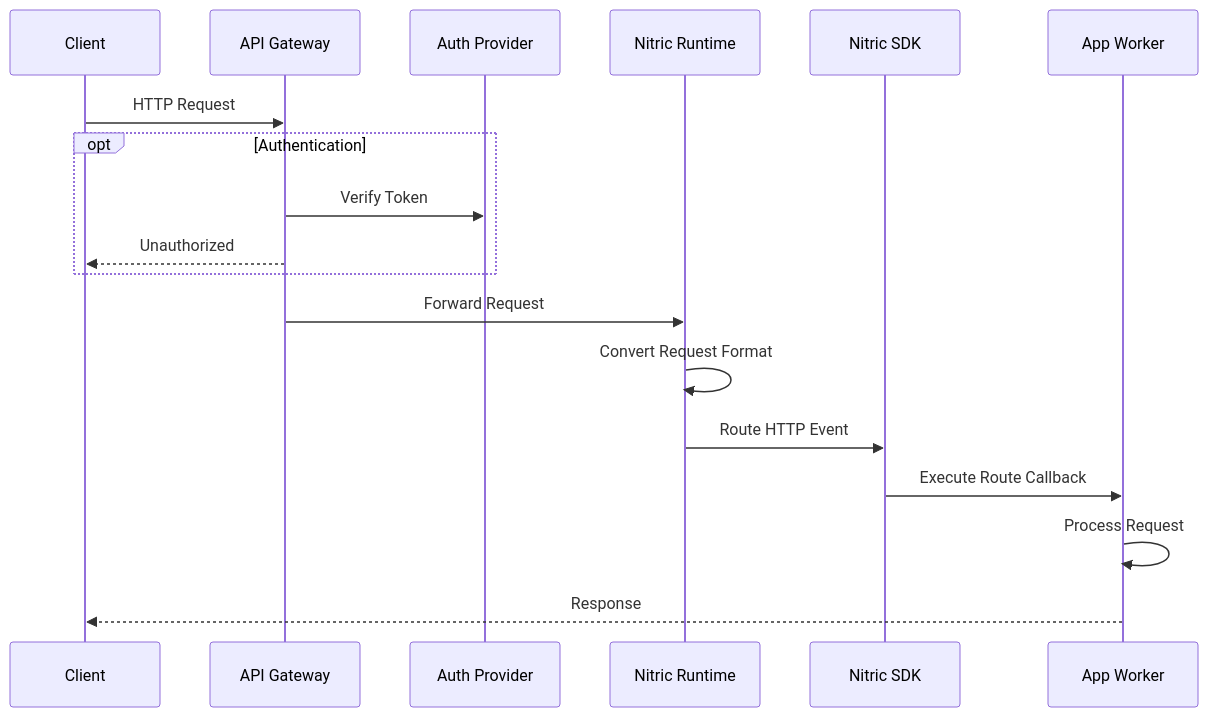
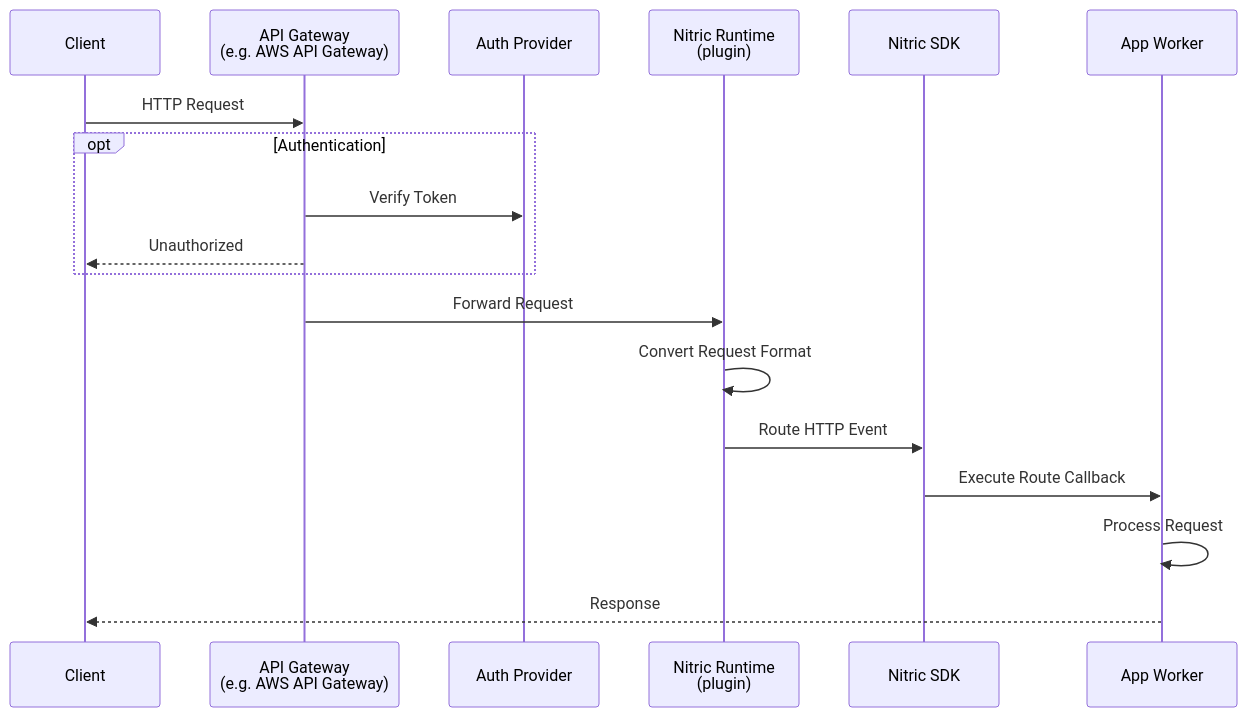
The fourth of 4 diagrams in docs/architecture/apis.mdx (nitrictech/docs), drawn with Mermaid before and after one commit. The commit also changed other lines of this file and 4 other files, not shown here.

Commit message:
update async messaging sequences

````diff
--- a/docs/architecture/apis.mdx
+++ b/docs/architecture/apis.mdx
@@ -122,22 +122,22 @@
 ```mermaid
 sequenceDiagram
   participant Client as Client
-  participant APIGateway as API Gateway
+  participant APIGateway as API Gateway <br> (e.g. AWS API Gateway)
   participant Auth as Auth Provider
-  participant Nitric as Nitric Runtime
+  participant Nitric as Nitric Runtime <br> (plugin)
   participant SDK as Nitric SDK
   participant Worker as App Worker
 
   Client->>APIGateway: HTTP Request
   opt Authentication
     APIGateway->>Auth: Verify Token
     APIGateway-->>Client: Unauthorized
   end
   APIGateway->>Nitric: Forward Request
   Nitric->>Nitric: Convert Request Format
   Nitric->>SDK: Route HTTP Event
   SDK->>Worker: Execute Route Callback
 
   Worker->>Worker: Process Request
   Worker-->>Client: Response
 ```
````
